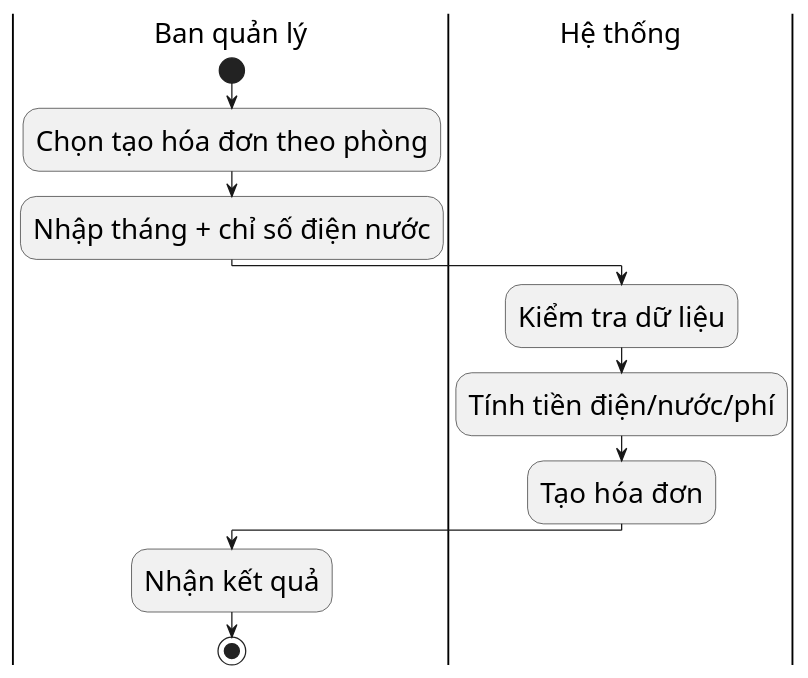
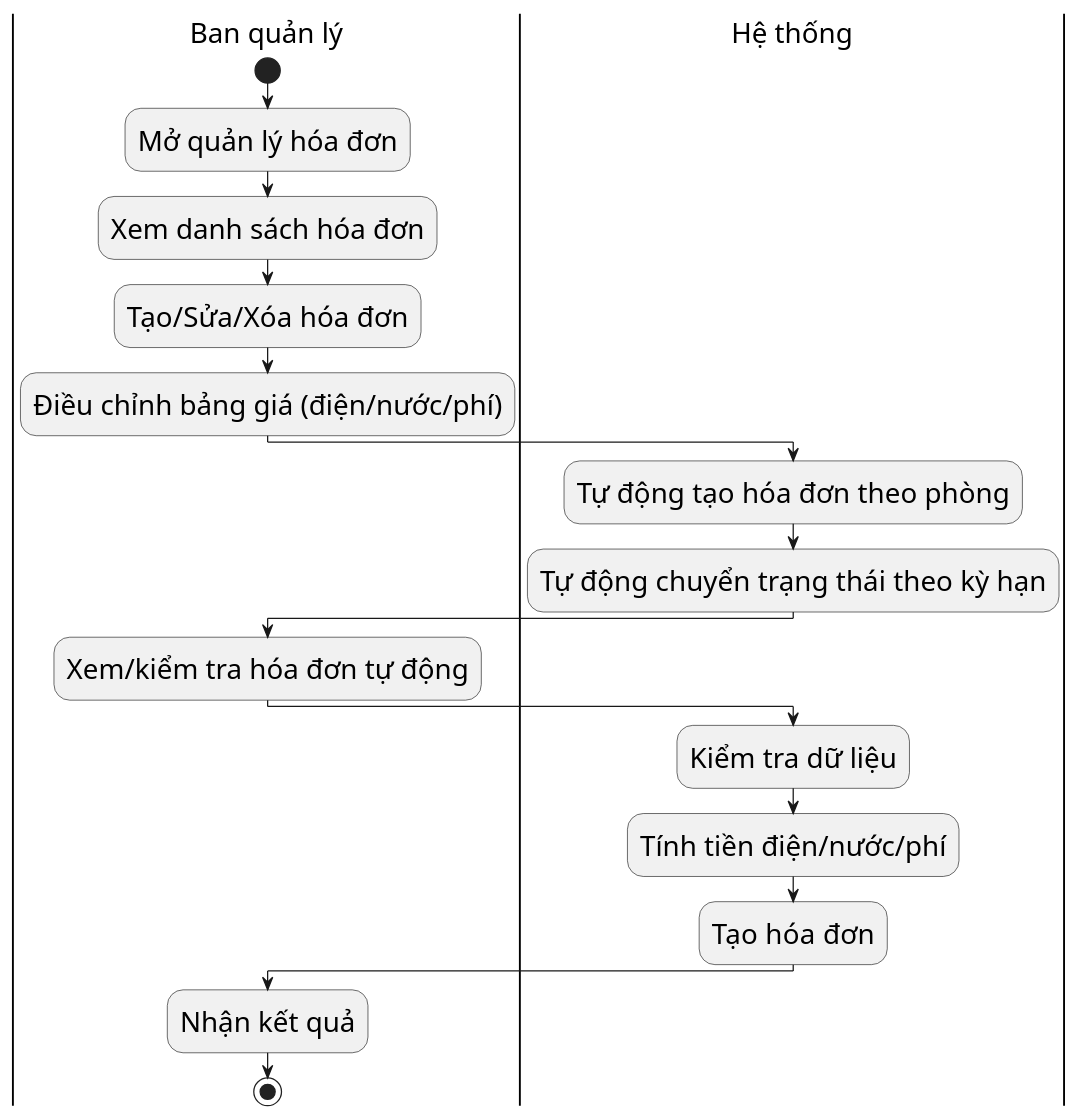
One commit to s0nbuildtech287/dormitory-frontend changed the diagram in diagrams/nhomhoadonthanhtoan/invoice_create_activity.puml. Above: the diagram before and after it, drawn with PlantUML. The commit also changed 28 other files, not shown here.

```diff
--- a/diagrams/nhomhoadonthanhtoan/invoice_create_activity.puml
+++ b/diagrams/nhomhoadonthanhtoan/invoice_create_activity.puml
@@ -1,15 +1,22 @@
-@startuml "Invoice Create Activity"
+@startuml "Invoice Management Activity"
 skinparam defaultFontSize 22
 skinparam defaultFontName "Times New Roman"
 |Ban quản lý|
 start
-:Chọn tạo hóa đơn theo phòng;
-:Nhập tháng + chỉ số điện nước;
+:Mở quản lý hóa đơn;
+:Xem danh sách hóa đơn;
+:Tạo/Sửa/Xóa hóa đơn;
+:Điều chỉnh bảng giá (điện/nước/phí);
+|Hệ thống|
+:Tự động tạo hóa đơn theo phòng;
+:Tự động chuyển trạng thái theo kỳ hạn;
+|Ban quản lý|
+:Xem/kiểm tra hóa đơn tự động;
 |Hệ thống|
 :Kiểm tra dữ liệu;
 :Tính tiền điện/nước/phí;
 :Tạo hóa đơn;
 |Ban quản lý|
 :Nhận kết quả;
 stop
 @enduml
```
